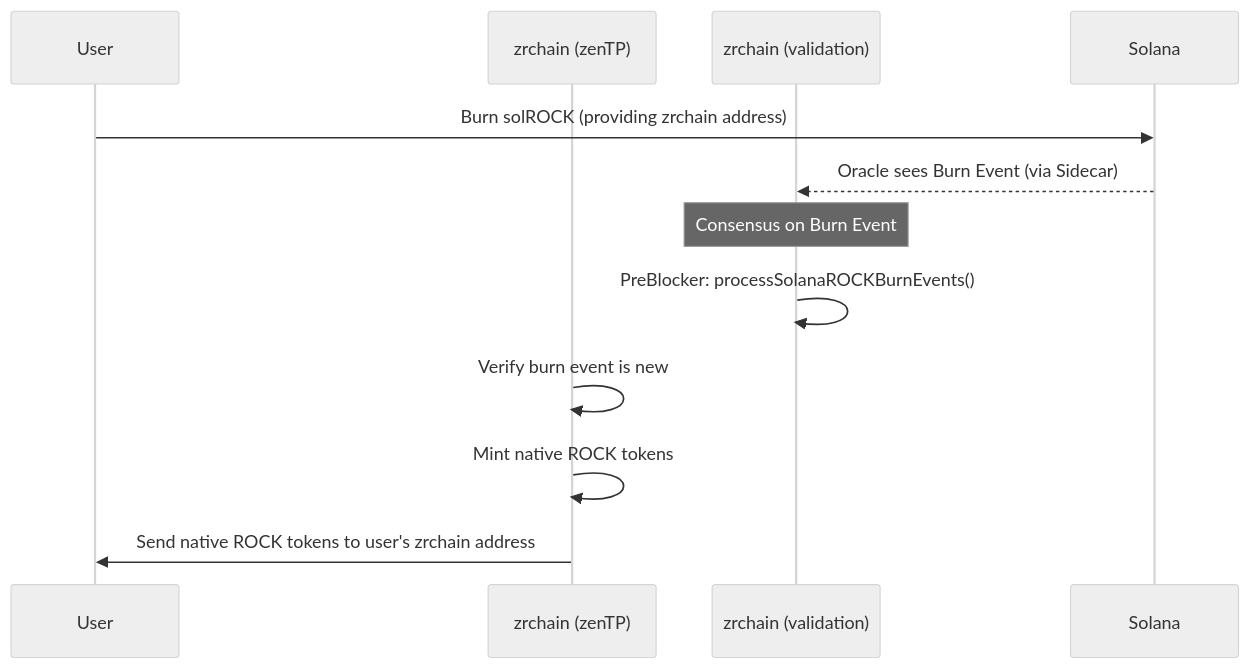
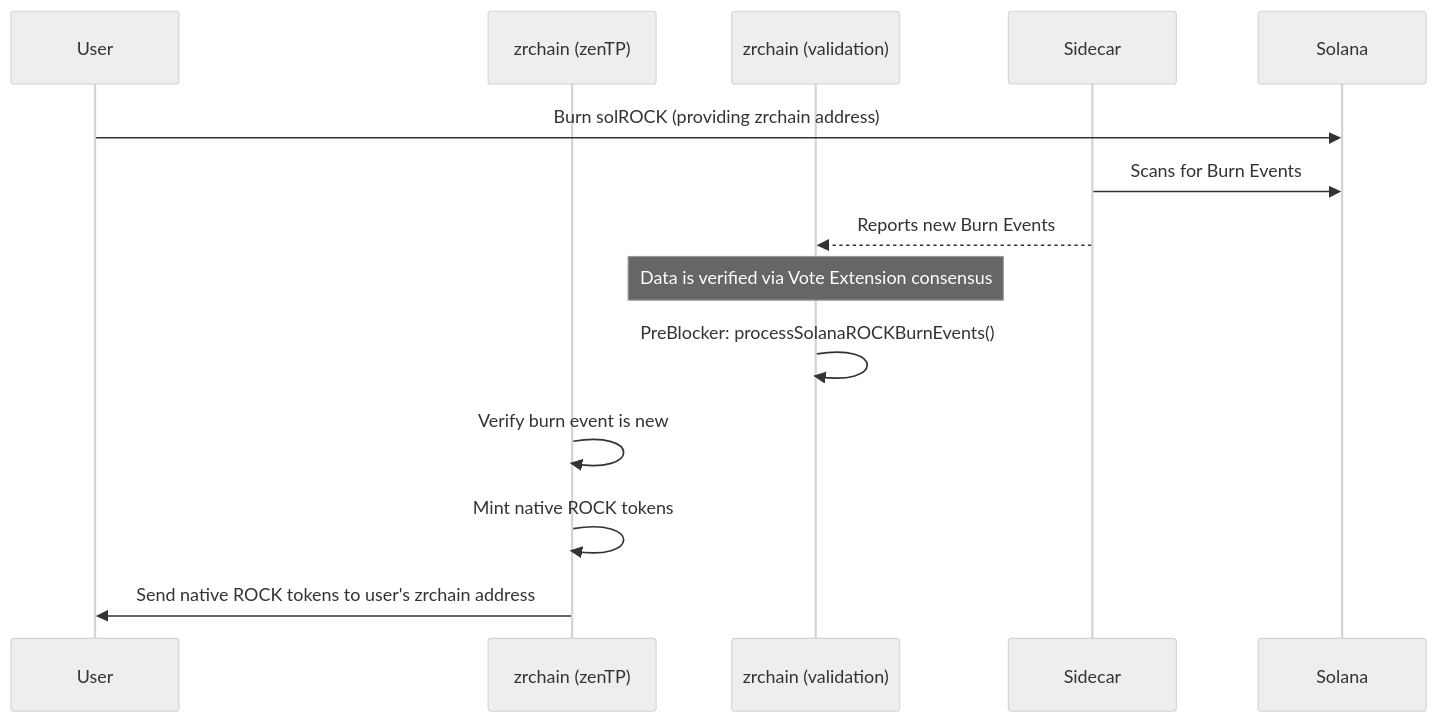
One commit to zenrocklabs/zrchain changed the fourth of 4 diagrams in docs/README.md. Above: the diagram before and after it, drawn with Mermaid (neutral theme). The commit also changed other lines of this file, not shown here.

````diff
--- a/docs/README.md
+++ b/docs/README.md
@@ -176,16 +202,18 @@
 ```mermaid
 sequenceDiagram
     participant User
     participant zrchain as zrchain (zenTP)
     participant zrchain_val as zrchain (validation)
+    participant Sidecar
     participant Solana
 
     User->>Solana: Burn solROCK (providing zrchain address)
-    Solana-->>zrchain_val: Oracle sees Burn Event (via Sidecar)
+    Sidecar->>Solana: Scans for Burn Events
+    Sidecar-->>zrchain_val: Reports new Burn Events
+    Note over zrchain_val: Data is verified via Vote Extension consensus
 
-    Note over zrchain_val: Consensus on Burn Event
     zrchain_val->>zrchain_val: PreBlocker: processSolanaROCKBurnEvents()
     zrchain->>zrchain: Verify burn event is new
     zrchain->>zrchain: Mint native ROCK tokens
     zrchain->>User: Send native ROCK tokens to user's zrchain address
 ```
````
